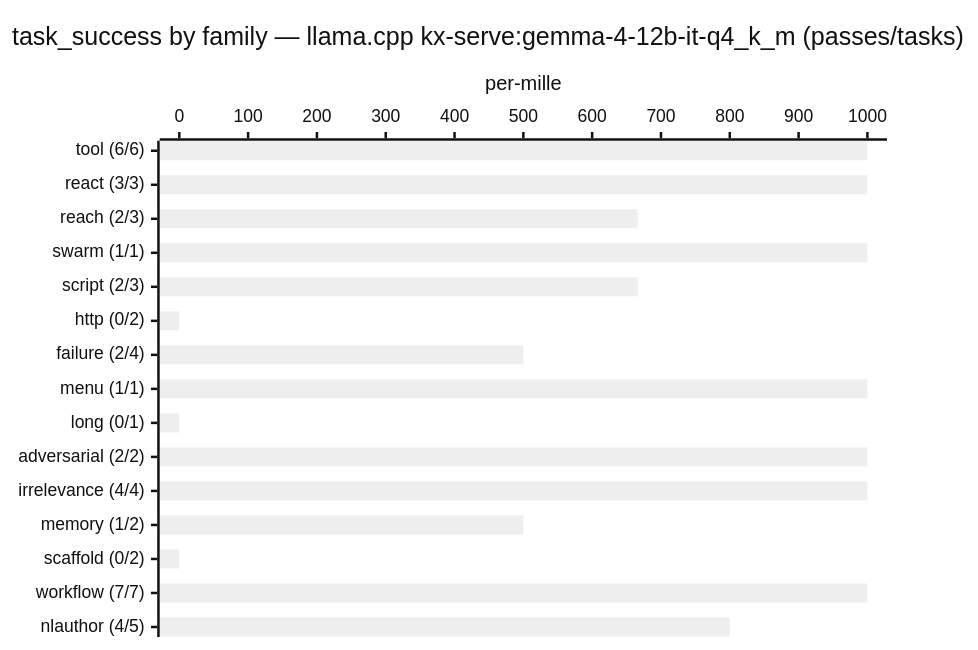
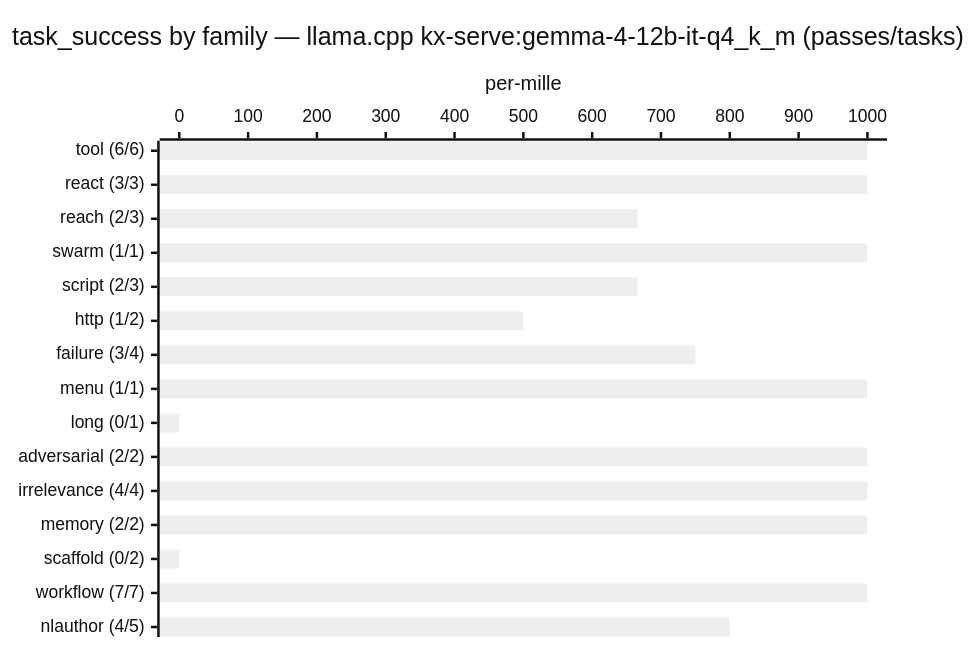
Before and after one commit to Kortecx/kortecx: the second of 2 diagrams in README.md, drawn with Mermaid (neutral theme). The commit also changed other lines of this file and 13 other files, not shown here.

````diff
--- a/README.md
+++ b/README.md
@@ -328,7 +328,7 @@
 ```mermaid
 xychart-beta horizontal
     title "task_success by family — llama.cpp kx-serve:gemma-4-12b-it-q4_k_m (passes/tasks)"
-    x-axis ["tool (6/6)", "react (3/3)", "reach (2/3)", "swarm (1/1)", "script (2/3)", "http (0/2)", "failure (2/4)", "menu (1/1)", "long (0/1)", "adversarial (2/2)", "irrelevance (4/4)", "memory (1/2)", "scaffold (0/2)", "workflow (7/7)", "nlauthor (4/5)"]
+    x-axis ["tool (6/6)", "react (3/3)", "reach (2/3)", "swarm (1/1)", "script (2/3)", "http (1/2)", "failure (3/4)", "menu (1/1)", "long (0/1)", "adversarial (2/2)", "irrelevance (4/4)", "memory (2/2)", "scaffold (0/2)", "workflow (7/7)", "nlauthor (4/5)"]
     y-axis "per-mille" 0 --> 1000
-    bar [1000, 1000, 666, 1000, 666, 0, 500, 1000, 0, 1000, 1000, 500, 0, 1000, 800]
+    bar [1000, 1000, 666, 1000, 666, 500, 750, 1000, 0, 1000, 1000, 1000, 0, 1000, 800]
 ```
````
